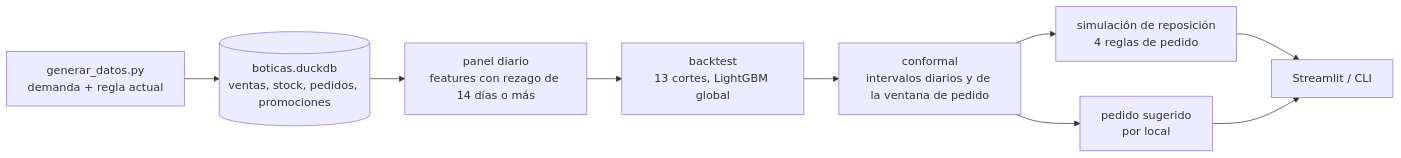
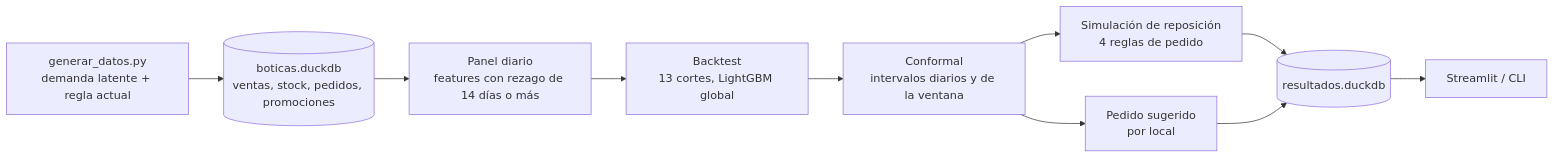
One commit to marcelo-sosa-data/data-ai-lab changed the second of 3 diagrams in proyectos/03-pronostico-demanda-boticas/README.md. Above: the diagram before and after it, drawn with Mermaid. The commit also changed other lines of this file and 49 other files, not shown here.

Commit message:
readmes: fuera las capturas, diagramas del proceso en mermaid y texto más directo

````diff
--- a/proyectos/03-pronostico-demanda-boticas/README.md
+++ b/proyectos/03-pronostico-demanda-boticas/README.md
@@ -17,11 +47,12 @@
 ```mermaid
 flowchart LR
-    gen[generar_datos.py<br/>demanda + regla actual] --> db[(boticas.duckdb<br/>ventas, stock, pedidos, promociones)]
-    db --> feat[panel diario<br/>features con rezago de 14 días o más]
-    feat --> bt[backtest<br/>13 cortes, LightGBM global]
-    bt --> conf[conformal<br/>intervalos diarios y de la ventana de pedido]
-    conf --> sim[simulación de reposición<br/>4 reglas de pedido]
-    conf --> ped[pedido sugerido<br/>por local]
-    sim --> app[Streamlit / CLI]
-    ped --> app
+    gen[generar_datos.py<br/>demanda latente + regla actual] --> db[(boticas.duckdb<br/>ventas, stock, pedidos, promociones)]
+    db --> feat[Panel diario<br/>features con rezago de 14 días o más]
+    feat --> bt[Backtest<br/>13 cortes, LightGBM global]
+    bt --> conf[Conformal<br/>intervalos diarios y de la ventana]
+    conf --> sim[Simulación de reposición<br/>4 reglas de pedido]
+    conf --> ped[Pedido sugerido<br/>por local]
+    sim --> res[(resultados.duckdb)]
+    ped --> res
+    res --> app[Streamlit / CLI]
 ```
````
